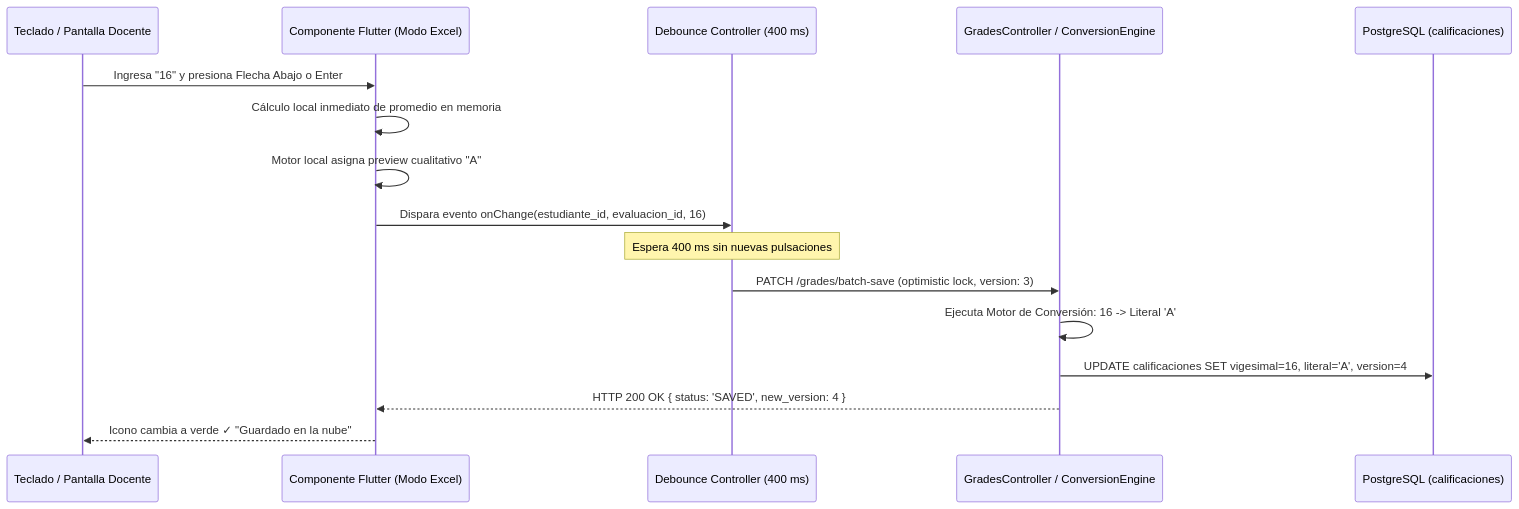
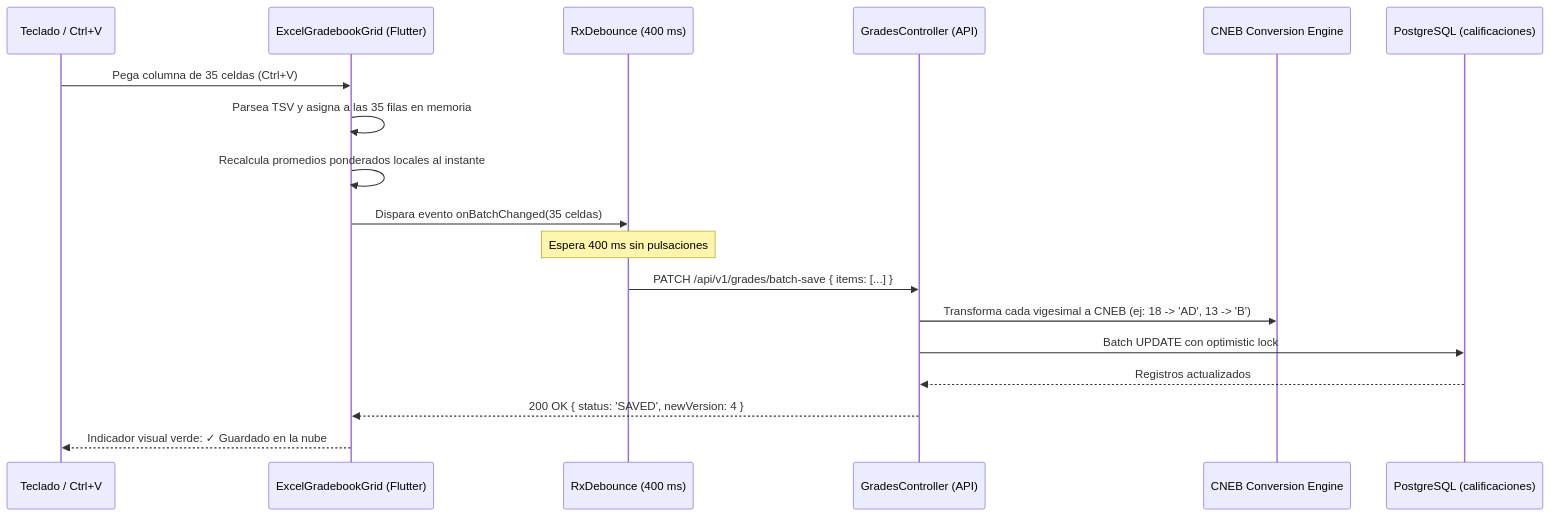
One commit to Eduardo-Sebastian-Paipay-Vega/school-management-system changed the diagram in D - Base 1 - 01092026/Fase 2/Arquitectura/Squad 3 - Calificaciones y Modo Excel/README.md. Above: the diagram before and after it, drawn with Mermaid. The commit also changed other lines of this file and 20 other files, not shown here.

````diff
--- a/D - Base 1 - 01092026/Fase 2/Arquitectura/Squad 3 - Calificaciones y Modo Excel/README.md
+++ b/D - Base 1 - 01092026/Fase 2/Arquitectura/Squad 3 - Calificaciones y Modo Excel/README.md
@@ -36,20 +27,22 @@
 ```mermaid
 sequenceDiagram
-    participant Docente as Teclado / Pantalla Docente
-    participant MatrixGrid as Componente Flutter (Modo Excel)
-    participant Debounce as Debounce Controller (400 ms)
-    participant Backend as GradesController / ConversionEngine
+    participant Docente as Teclado / Ctrl+V
+    participant Grid as ExcelGradebookGrid (Flutter)
+    participant Debounce as RxDebounce (400 ms)
+    participant Backend as GradesController (API)
+    participant Motor as CNEB Conversion Engine
     participant DB as PostgreSQL (calificaciones)
 
-    Docente->>MatrixGrid: Ingresa "16" y presiona Flecha Abajo o Enter
-    MatrixGrid->>MatrixGrid: Cálculo local inmediato de promedio en memoria
-    MatrixGrid->>MatrixGrid: Motor local asigna preview cualitativo "A"
-    MatrixGrid->>Debounce: Dispara evento onChange(estudiante_id, evaluacion_id, 16)
+    Docente->>Grid: Pega columna de 35 celdas (Ctrl+V)
+    Grid->>Grid: Parsea TSV y asigna a las 35 filas en memoria
+    Grid->>Grid: Recalcula promedios ponderados locales al instante
+    Grid->>Debounce: Dispara evento onBatchChanged(35 celdas)
     
-    Note over Debounce: Espera 400 ms sin nuevas pulsaciones
-    Debounce->>Backend: PATCH /grades/batch-save (optimistic lock, version: 3)
-    Backend->>Backend: Ejecuta Motor de Conversión: 16 -> Literal 'A'
-    Backend->>DB: UPDATE calificaciones SET vigesimal=16, literal='A', version=4
-    Backend-->>MatrixGrid: HTTP 200 OK { status: 'SAVED', new_version: 4 }
-    MatrixGrid-->>Docente: Icono cambia a verde ✓ "Guardado en la nube"
+    Note over Debounce: Espera 400 ms sin pulsaciones
+    Debounce->>Backend: PATCH /api/v1/grades/batch-save { items: [...] }
+    Backend->>Motor: Transforma cada vigesimal a CNEB (ej: 18 -> 'AD', 13 -> 'B')
+    Backend->>DB: Batch UPDATE con optimistic lock
+    DB-->>Backend: Registros actualizados
+    Backend-->>Grid: 200 OK { status: 'SAVED', newVersion: 4 }
+    Grid-->>Docente: Indicador visual verde: ✓ Guardado en la nube
 ```
````
